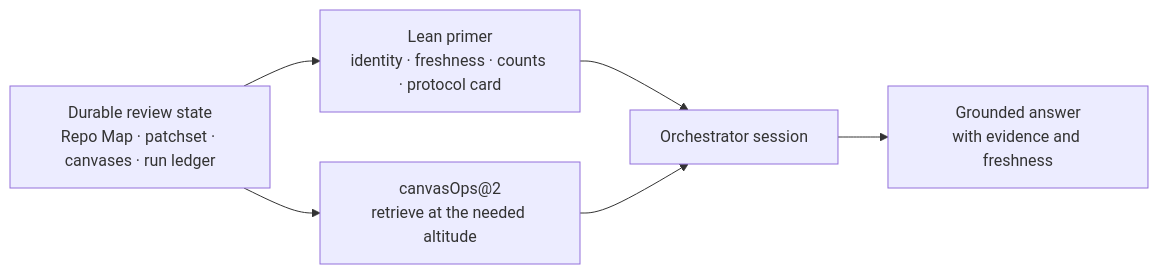
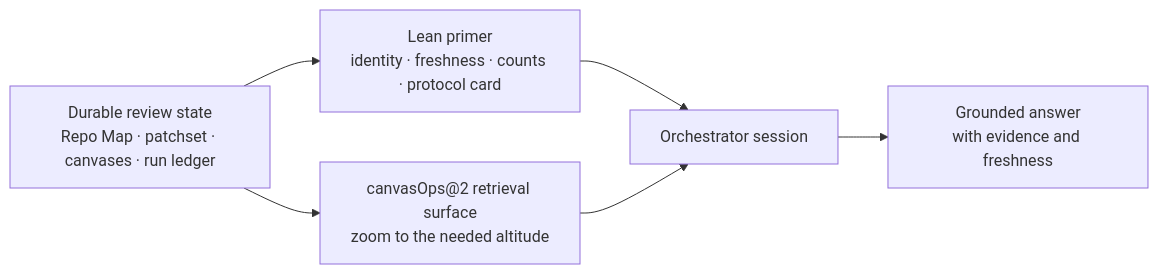
Before and after one commit to rbutera/Rennet: the first of 2 diagrams in docs/src/content/docs/developing/concepts/context-assembly.md, drawn with Mermaid. The commit also changed other lines of this file and 24 other files, not shown here.

````diff
--- a/docs/src/content/docs/developing/concepts/context-assembly.md
+++ b/docs/src/content/docs/developing/concepts/context-assembly.md
@@ -18,11 +18,11 @@
 ```mermaid
 flowchart LR
   stores["Durable review state<br/>Repo Map · patchset · canvases · run ledger"]
   primer["Lean primer<br/>identity · freshness · counts · protocol card"]
   session["Orchestrator session"]
-  tools["canvasOps@2<br/>retrieve at the needed altitude"]
+  tools["canvasOps@2 retrieval surface<br/>zoom to the needed altitude"]
   answer["Grounded answer<br/>with evidence and freshness"]
 
   stores --> primer --> session
   stores --> tools --> session --> answer
 ```
````
